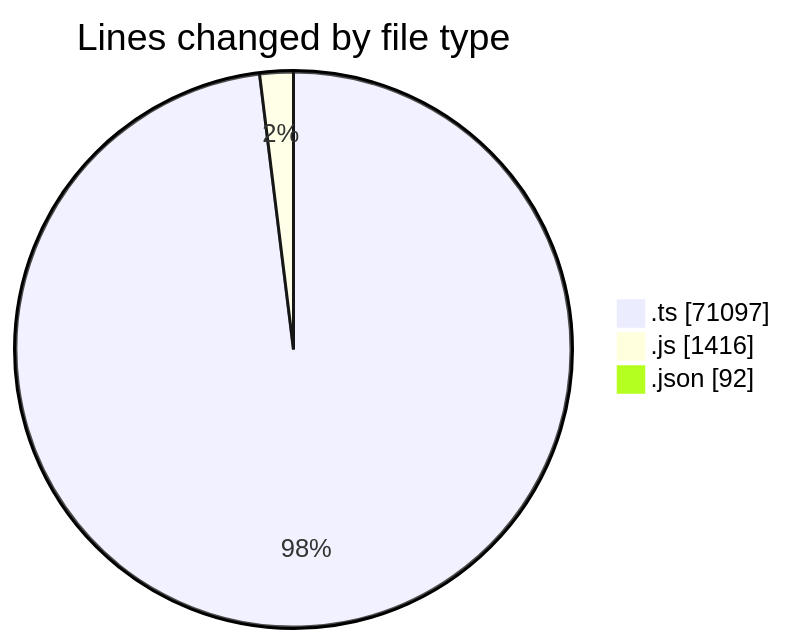
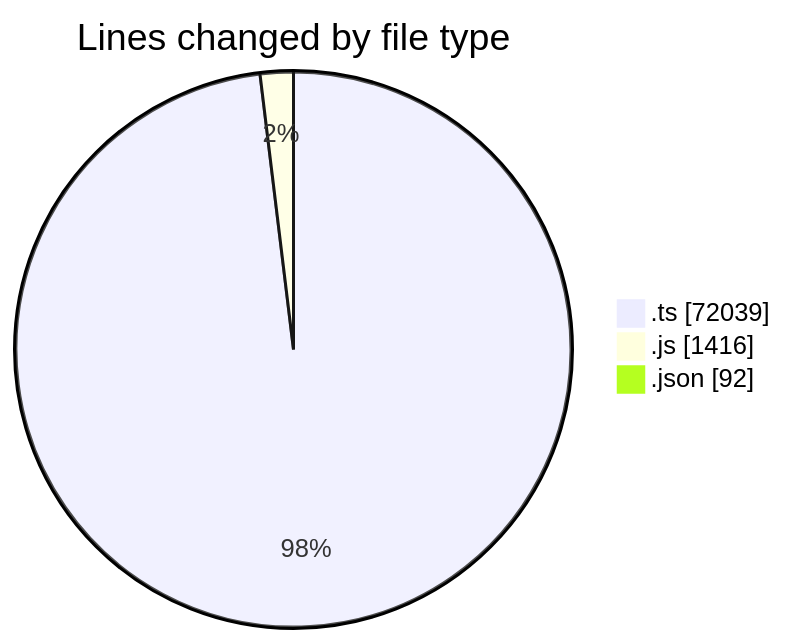
Before and after one commit to momahboobian/code-tracking: the first of 2 diagrams in 2025-09-29/cda/README.md, drawn with Mermaid. The commit also changed other lines of this file and 1 other file, not shown here.

````diff
--- a/2025-09-29/cda/README.md
+++ b/2025-09-29/cda/README.md
@@ -38,7 +38,7 @@
 ```mermaid
 pie showData
 title Lines changed by file type
-".ts" : 71097
+".ts" : 72039
 ".js" : 1416
 ".json" : 92
 ```
````
